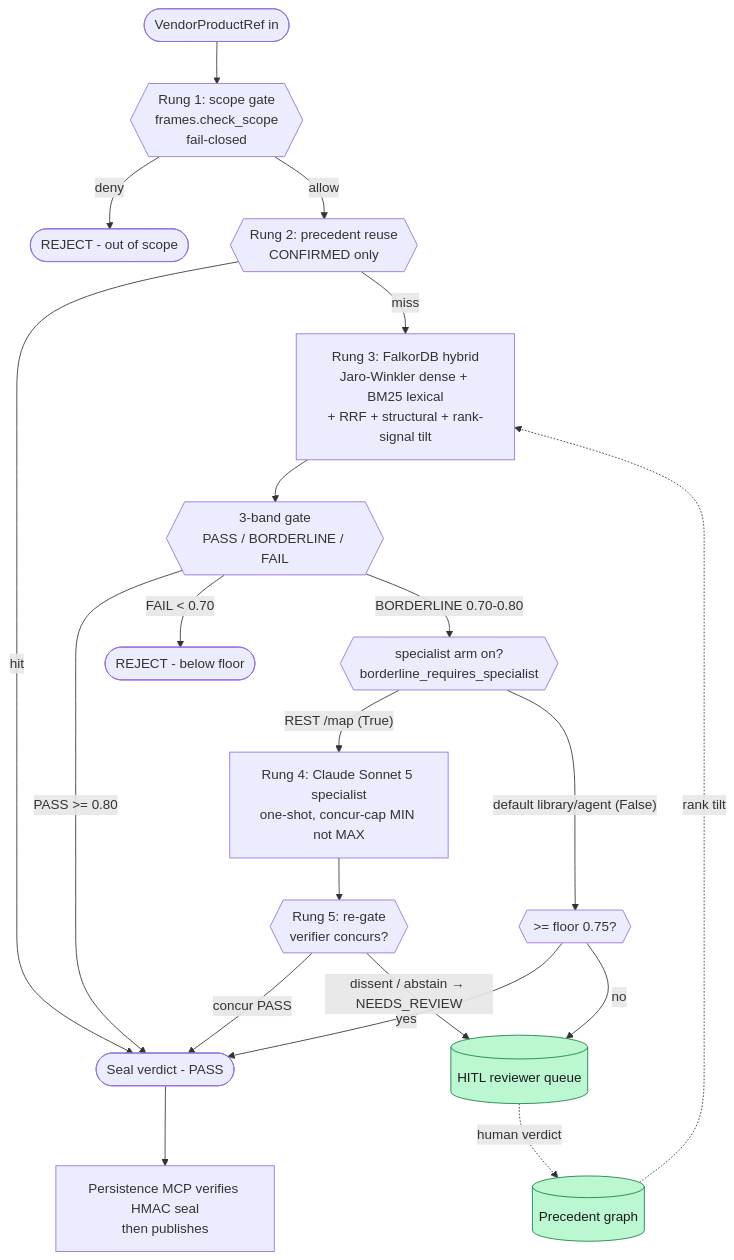
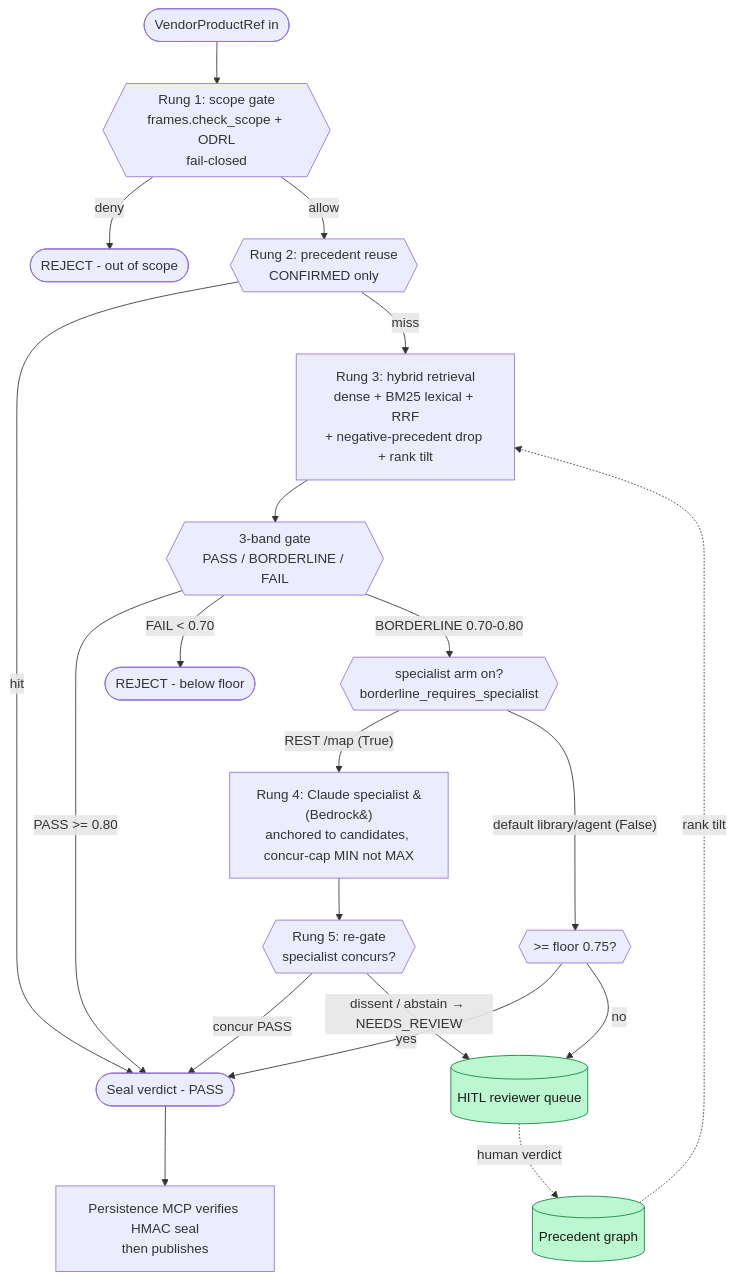
The third of 5 diagrams in README.md (2096955/MatchMaker), drawn with Mermaid before and after one commit. The commit also changed other lines of this file, not shown here.

````diff
--- a/README.md
+++ b/README.md
@@ -209,25 +463,25 @@
 ```mermaid
 flowchart TD
-    start([VendorProductRef in]) --> r1{{Rung 1: scope gate<br/>frames.check_scope<br/>fail-closed}}
+    start([VendorProductRef in]) --> r1{{Rung 1: scope gate<br/>frames.check_scope + ODRL<br/>fail-closed}}
     r1 -->|deny| fail_scope([REJECT - out of scope])
     r1 -->|allow| r2{{Rung 2: precedent reuse<br/>CONFIRMED only}}
     r2 -->|hit| seal([Seal verdict - PASS])
-    r2 -->|miss| r3[Rung 3: FalkorDB hybrid<br/>Jaro-Winkler dense + BM25 lexical<br/>+ RRF + structural + rank-signal tilt]
+    r2 -->|miss| r3[Rung 3: hybrid retrieval<br/>dense + BM25 lexical + RRF<br/>+ negative-precedent drop + rank tilt]
     r3 --> band{{3-band gate<br/>PASS / BORDERLINE / FAIL}}
     band -->|PASS >= 0.80| seal
     band -->|FAIL < 0.70| fail_low([REJECT - below floor])
     band -->|BORDERLINE 0.70-0.80| arm{{specialist arm on?<br/>borderline_requires_specialist}}
-    arm -->|"REST /map (True)"| r4[Rung 4: Claude Sonnet 5 specialist<br/>one-shot, concur-cap MIN not MAX]
+    arm -->|"REST /map (True)"| r4[Rung 4: Claude specialist &#40;Bedrock&#41;<br/>anchored to candidates, concur-cap MIN not MAX]
     arm -->|"default library/agent (False)"| floorgate{{>= floor 0.75?}}
     floorgate -->|yes| seal
     floorgate -->|no| queue
-    r4 --> r5{{Rung 5: re-gate<br/>verifier concurs?}}
+    r4 --> r5{{Rung 5: re-gate<br/>specialist concurs?}}
     r5 -->|concur PASS| seal
     r5 -->|dissent / abstain → NEEDS_REVIEW| queue[(HITL reviewer queue)]
     seal --> persist[Persistence MCP verifies HMAC seal<br/>then publishes]
     queue -.human verdict.-> precedent[(Precedent graph)]
     precedent -.rank tilt.-> r3
 
     classDef hitl fill:#bbf7d0,stroke:#15803d,color:#1a1a1a
     class queue,precedent hitl
 ```
````
